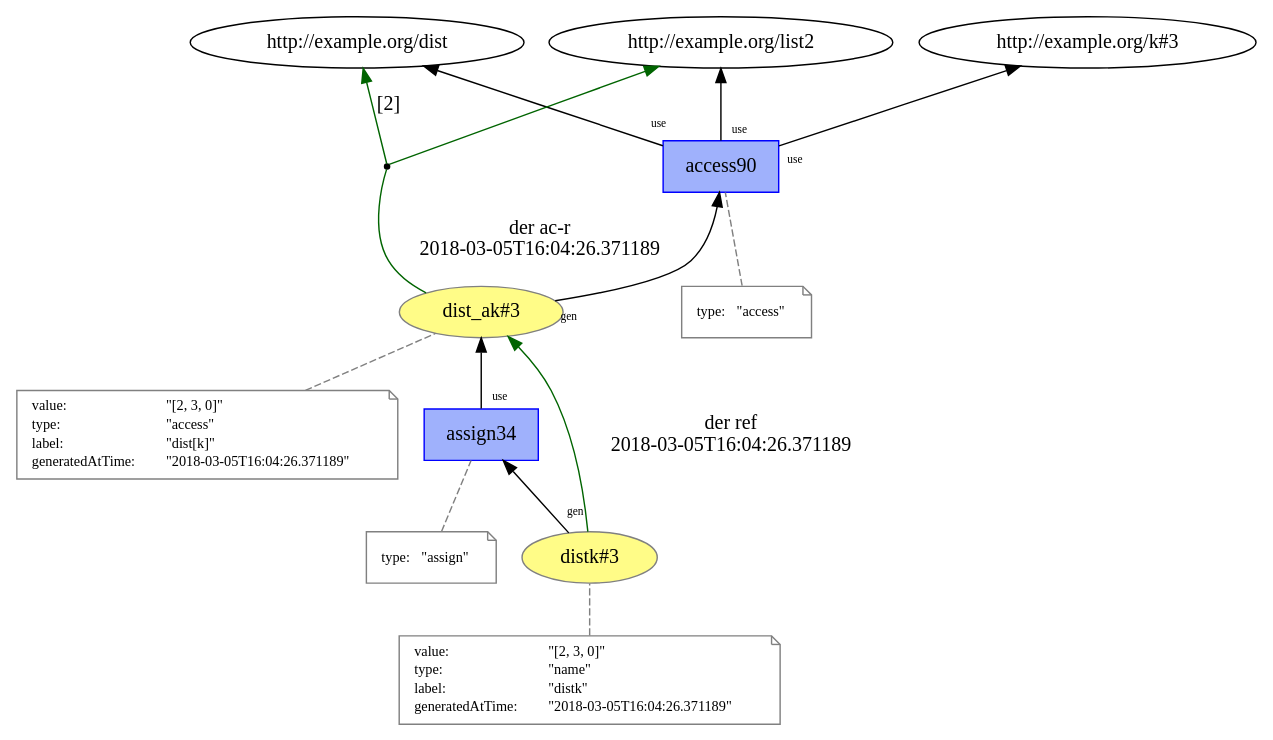
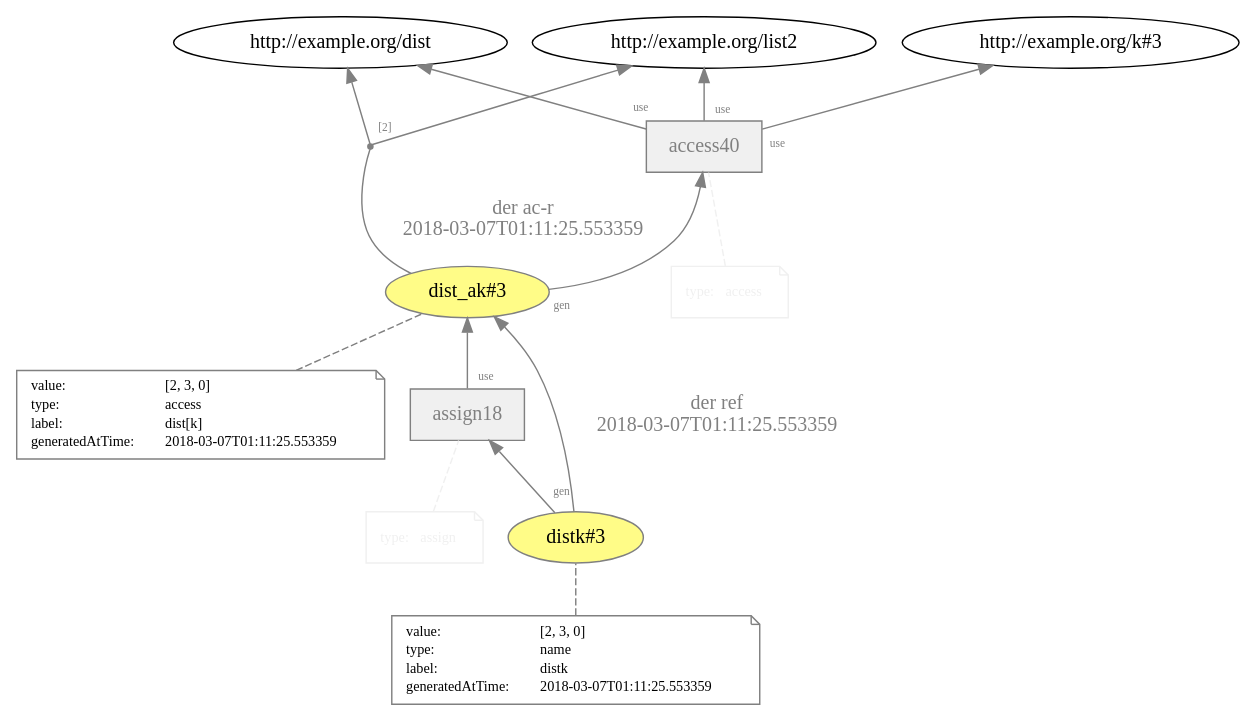
One commit to dew-uff/versioned-prov changed the diagram in images/versioned_prov/temp/L10__access__assign_3.dot. Above: the diagram before and after it, drawn with Graphviz. The commit also changed 580 other files, not shown here.

```diff
--- a/images/versioned_prov/temp/L10__access__assign_3.dot
+++ b/images/versioned_prov/temp/L10__access__assign_3.dot
@@ -1,71 +1,71 @@
 digraph "PROV" { size="16,12"; rankdir="BT";
 "http://example.org/dist_ak#3" [fillcolor="#FFFC87",color="#808080",style="filled",label="dist_ak#3",URL="http://example.org/dist_ak#3"]
 "-attrs0" [color="gray",shape="note",fontsize="10",fontcolor="black",label=<<TABLE cellpadding="0" border="0">
 	<TR>
 	    <TD align="left">value:</TD>
-	    <TD align="left">&quot;[2, 3, 0]&quot;</TD>
+	    <TD align="left">[2, 3, 0]</TD>
 	</TR>
 	<TR>
 	    <TD align="left">type:</TD>
-	    <TD align="left">&quot;access&quot;</TD>
+	    <TD align="left">access</TD>
 	</TR>
 	<TR>
 	    <TD align="left">label:</TD>
-	    <TD align="left">&quot;dist[k]&quot;</TD>
+	    <TD align="left">dist[k]</TD>
 	</TR>
 	<TR>
 	    <TD align="left">generatedAtTime:</TD>
-	    <TD align="left">&quot;2018-03-05T16:04:26.371189&quot;</TD>
+	    <TD align="left">2018-03-07T01:11:25.553359</TD>
 	</TR>
 </TABLE>>]
 "-attrs0" -> "http://example.org/dist_ak#3" [color="gray",style="dashed",arrowhead="none"]
-"http://example.org/access90" [fillcolor="#9FB1FC",color="#0000FF",shape="polygon",sides="4",style="filled",label="access90",URL="http://example.org/access90"]
-"-attrs1" [color="gray",shape="note",fontsize="10",fontcolor="black",label=<<TABLE cellpadding="0" border="0">
+"http://example.org/access40" [fillcolor="#F0F0F0",color="gray",shape="polygon",sides="4",style="filled",label="access40",URL="http://example.org/access40",fontcolor="gray"]
+"-attrs1" [color="#F0F0F0",shape="note",fontsize="10",fontcolor="black",label=<<TABLE cellpadding="0" border="0">
 	<TR>
-	    <TD align="left">type:</TD>
-	    <TD align="left">&quot;access&quot;</TD>
+	    <TD align="left"><font color="#F0F0F0">type:</font></TD>
+	    <TD align="left"><font color="#F0F0F0">access</font></TD>
 	</TR>
 </TABLE>>]
-"-attrs1" -> "http://example.org/access90" [color="gray",style="dashed",arrowhead="none"]
-"http://example.org/access90" -> "http://example.org/list2" [labelfontsize="8",labeldistance="1.5",labelangle="60.0",rotation="20",taillabel="use"]
-"bn0" [shape="point",label=""]
+"-attrs1" -> "http://example.org/access40" [color="#F0F0F0",style="dashed",arrowhead="none"]
+"http://example.org/access40" -> "http://example.org/list2" [labelfontsize="8",labeldistance="1.5",labelangle="60.0",rotation="20",taillabel="use",fontcolor="gray",color="gray"]
+"bn0" [shape="point",label="",fontcolor="gray",color="gray"]
 "http://example.org/dist_ak#3" -> "bn0" [arrowhead="none",label="der ac-r
-2018-03-05T16:04:26.371189",color="darkgreen"]
-"bn0" -> "http://example.org/dist" [labelfontsize="8",labeldistance="1.5",color="darkgreen",labelangle="60.0",rotation="20",label="[2]"]
-"bn0" -> "http://example.org/list2" [color="darkgreen"]
-"http://example.org/dist_ak#3" -> "http://example.org/access90" [labelfontsize="8",labeldistance="1.5",labelangle="60.0",rotation="20",taillabel="gen"]
-"http://example.org/access90" -> "http://example.org/dist" [labelfontsize="8",labeldistance="1.5",labelangle="60.0",rotation="20",taillabel="use"]
-"http://example.org/access90" -> "http://example.org/k#3" [labelfontsize="8",labeldistance="1.5",labelangle="60.0",rotation="20",taillabel="use"]
+2018-03-07T01:11:25.553359",color="gray",fontcolor="gray"]
+"bn0" -> "http://example.org/dist" [labelfontsize="8",labeldistance="1.5",labelangle="60.0",rotation="20",taillabel="[2]",fontcolor="gray",color="gray"]
+"bn0" -> "http://example.org/list2" [color="gray",fontcolor="gray"]
+"http://example.org/dist_ak#3" -> "http://example.org/access40" [labelfontsize="8",labeldistance="1.5",labelangle="60.0",rotation="20",taillabel="gen",fontcolor="gray",color="gray"]
+"http://example.org/access40" -> "http://example.org/dist" [labelfontsize="8",labeldistance="1.5",labelangle="60.0",rotation="20",taillabel="use",fontcolor="gray",color="gray"]
+"http://example.org/access40" -> "http://example.org/k#3" [labelfontsize="8",labeldistance="1.5",labelangle="60.0",rotation="20",taillabel="use",fontcolor="gray",color="gray"]
 "http://example.org/distk#3" [fillcolor="#FFFC87",color="#808080",style="filled",label="distk#3",URL="http://example.org/distk#3"]
 "-attrs2" [color="gray",shape="note",fontsize="10",fontcolor="black",label=<<TABLE cellpadding="0" border="0">
 	<TR>
 	    <TD align="left">value:</TD>
-	    <TD align="left">&quot;[2, 3, 0]&quot;</TD>
+	    <TD align="left">[2, 3, 0]</TD>
 	</TR>
 	<TR>
 	    <TD align="left">type:</TD>
-	    <TD align="left">&quot;name&quot;</TD>
+	    <TD align="left">name</TD>
 	</TR>
 	<TR>
 	    <TD align="left">label:</TD>
-	    <TD align="left">&quot;distk&quot;</TD>
+	    <TD align="left">distk</TD>
 	</TR>
 	<TR>
 	    <TD align="left">generatedAtTime:</TD>
-	    <TD align="left">&quot;2018-03-05T16:04:26.371189&quot;</TD>
+	    <TD align="left">2018-03-07T01:11:25.553359</TD>
 	</TR>
 </TABLE>>]
 "-attrs2" -> "http://example.org/distk#3" [color="gray",style="dashed",arrowhead="none"]
-"http://example.org/assign34" [fillcolor="#9FB1FC",color="#0000FF",shape="polygon",sides="4",style="filled",label="assign34",URL="http://example.org/assign34"]
-"-attrs3" [color="gray",shape="note",fontsize="10",fontcolor="black",label=<<TABLE cellpadding="0" border="0">
+"http://example.org/assign18" [fillcolor="#F0F0F0",color="gray",shape="polygon",sides="4",style="filled",label="assign18",URL="http://example.org/assign18",fontcolor="gray"]
+"-attrs3" [color="#F0F0F0",shape="note",fontsize="10",fontcolor="black",label=<<TABLE cellpadding="0" border="0">
 	<TR>
-	    <TD align="left">type:</TD>
-	    <TD align="left">&quot;assign&quot;</TD>
+	    <TD align="left"><font color="#F0F0F0">type:</font></TD>
+	    <TD align="left"><font color="#F0F0F0">assign</font></TD>
 	</TR>
 </TABLE>>]
-"-attrs3" -> "http://example.org/assign34" [color="gray",style="dashed",arrowhead="none"]
-"http://example.org/assign34" -> "http://example.org/dist_ak#3" [labelfontsize="8",labeldistance="1.5",labelangle="60.0",rotation="20",taillabel="use"]
-"http://example.org/distk#3" -> "http://example.org/dist_ak#3" [labelfontsize="8",labeldistance="1.5",color="darkgreen",labelangle="60.0",rotation="20",label="der ref
-2018-03-05T16:04:26.371189"]
-"http://example.org/distk#3" -> "http://example.org/assign34" [labelfontsize="8",labeldistance="1.5",labelangle="60.0",rotation="20",taillabel="gen"]
+"-attrs3" -> "http://example.org/assign18" [color="#F0F0F0",style="dashed",arrowhead="none"]
+"http://example.org/assign18" -> "http://example.org/dist_ak#3" [labelfontsize="8",labeldistance="1.5",labelangle="60.0",rotation="20",taillabel="use",fontcolor="gray",color="gray"]
+"http://example.org/distk#3" -> "http://example.org/dist_ak#3" [labelfontsize="8",labeldistance="1.5",color="gray",labelangle="60.0",rotation="20",label="der ref
+2018-03-07T01:11:25.553359",fontcolor="gray"]
+"http://example.org/distk#3" -> "http://example.org/assign18" [labelfontsize="8",labeldistance="1.5",labelangle="60.0",rotation="20",taillabel="gen",fontcolor="gray",color="gray"]
 }
```
